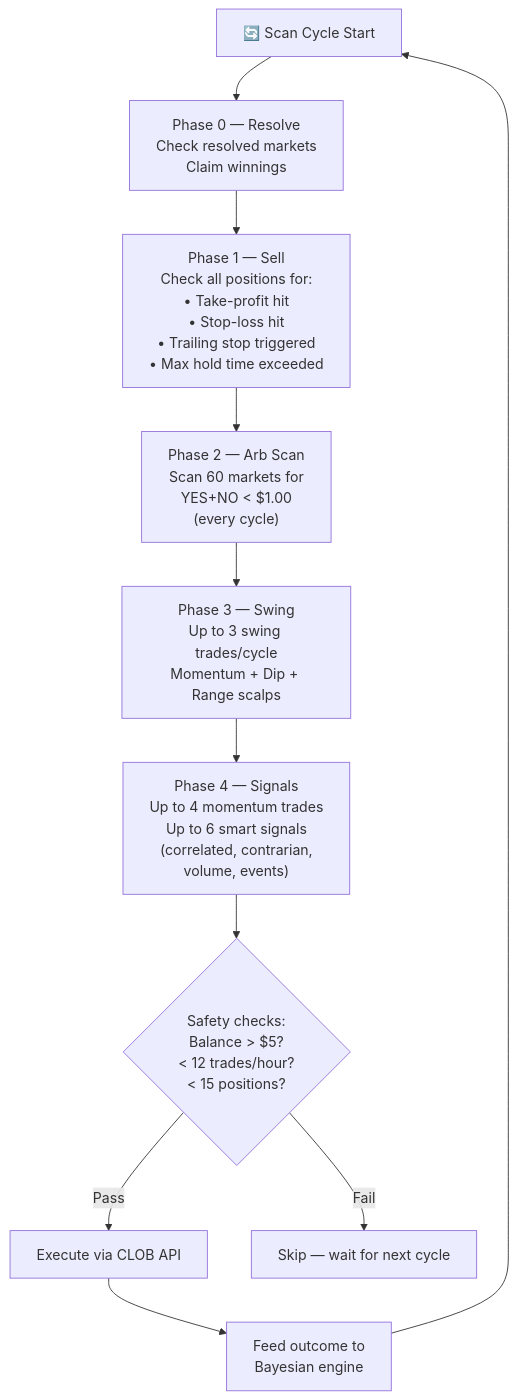
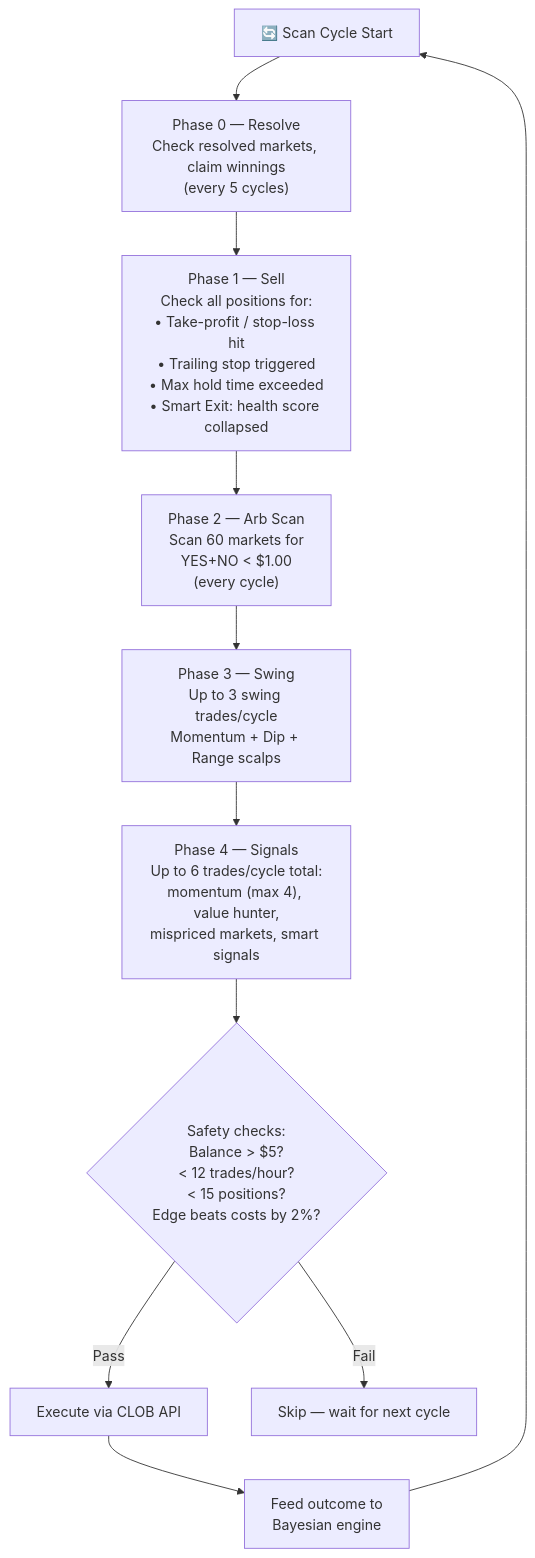
Before and after one commit to diegocrisafu/expense: the third of 5 diagrams in README.md, drawn with Mermaid. The commit also changed other lines of this file, not shown here.

````diff
--- a/README.md
+++ b/README.md
@@ -149,14 +180,14 @@
 ```mermaid
 flowchart TD
     START["🔄 Scan Cycle Start"] --> P0
-    P0["Phase 0 — Resolve<br/>Check resolved markets<br/>Claim winnings"] --> P1
-    P1["Phase 1 — Sell<br/>Check all positions for:<br/>• Take-profit hit<br/>• Stop-loss hit<br/>• Trailing stop triggered<br/>• Max hold time exceeded"] --> P2
+    P0["Phase 0 — Resolve<br/>Check resolved markets, claim winnings<br/>(every 5 cycles)"] --> P1
+    P1["Phase 1 — Sell<br/>Check all positions for:<br/>• Take-profit / stop-loss hit<br/>• Trailing stop triggered<br/>• Max hold time exceeded<br/>• Smart Exit: health score collapsed"] --> P2
     P2["Phase 2 — Arb Scan<br/>Scan 60 markets for<br/>YES+NO < $1.00<br/>(every cycle)"] --> P3
     P3["Phase 3 — Swing<br/>Up to 3 swing trades/cycle<br/>Momentum + Dip + Range scalps"] --> P4
-    P4["Phase 4 — Signals<br/>Up to 4 momentum trades<br/>Up to 6 smart signals<br/>(correlated, contrarian,<br/>volume, events)"] --> GATE
-    GATE{"Safety checks:<br/>Balance > $5?<br/>< 12 trades/hour?<br/>< 15 positions?"}
+    P4["Phase 4 — Signals<br/>Up to 6 trades/cycle total:<br/>momentum (max 4), value hunter,<br/>mispriced markets, smart signals"] --> GATE
+    GATE{"Safety checks:<br/>Balance > $5?<br/>< 12 trades/hour?<br/>< 15 positions?<br/>Edge beats costs by 2%?"}
     GATE -->|Pass| EXEC["Execute via CLOB API"]
     GATE -->|Fail| SKIP["Skip — wait for next cycle"]
     EXEC --> LEARN["Feed outcome to<br/>Bayesian engine"]
     LEARN --> START
 ```
````
